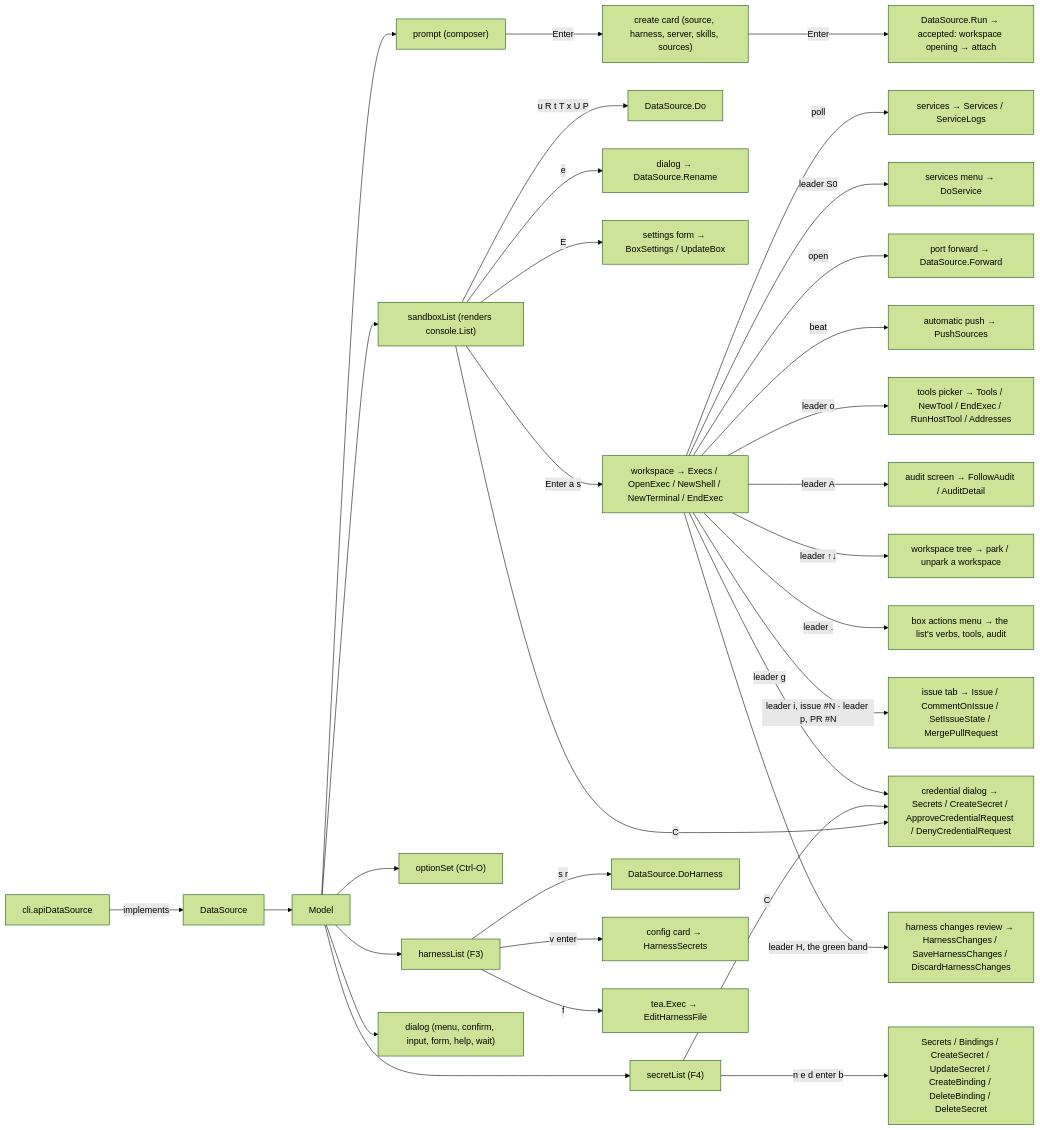
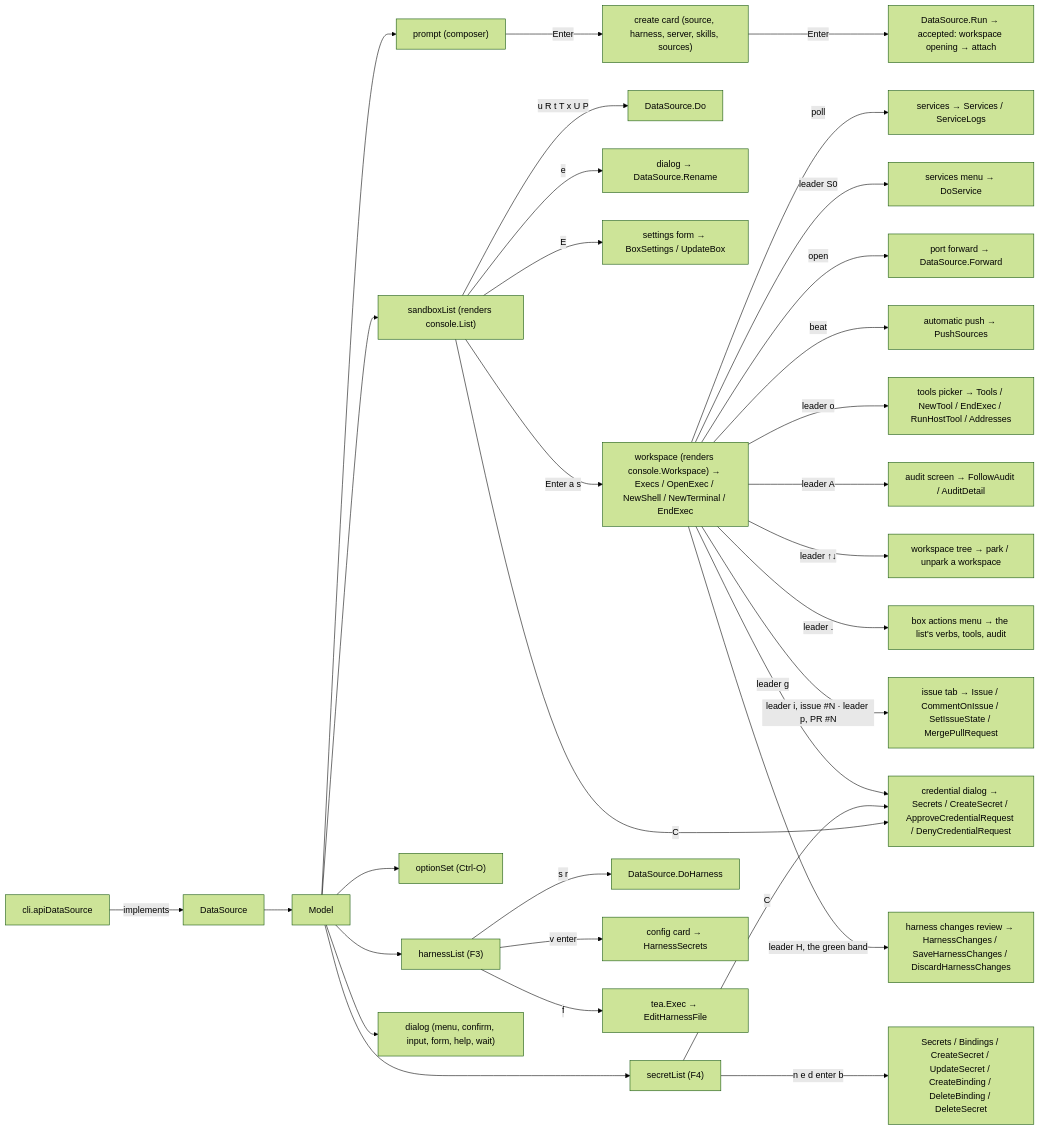
Before and after one commit to discobox-ai/discobox: the first of 2 diagrams in cli/internal/tui/DESIGN.md, drawn with Mermaid (forest theme). The commit also changed other lines of this file and 57 other files, not shown here.

````diff
--- a/cli/internal/tui/DESIGN.md
+++ b/cli/internal/tui/DESIGN.md
@@ -14,34 +14,34 @@
 ```mermaid
 flowchart LR
     CLI["cli.apiDataSource"] -->|implements| DS["DataSource"]
     DS --> M["Model"]
     M --> P["prompt (composer)"]
     M --> L["sandboxList (renders console.List)"]
     M --> O["optionSet (Ctrl-O)"]
     M --> A["harnessList (F3)"]
     M --> D["dialog (menu, confirm, input, form, help, wait)"]
     P -->|Enter| Card["create card (source, harness, server, skills, sources)"]
     Card -->|Enter| Run["DataSource.Run → accepted: workspace opening → attach"]
     L -->|u R t T x U P| Verb["DataSource.Do"]
     L -->|e| Rename["dialog → DataSource.Rename"]
     L -->|E| Settings["settings form → BoxSettings / UpdateBox"]
-    L -->|Enter a s| WS["workspace → Execs / OpenExec / NewShell / NewTerminal / EndExec"]
+    L -->|Enter a s| WS["workspace (renders console.Workspace) → Execs / OpenExec / NewShell / NewTerminal / EndExec"]
     WS -->|poll| Svc["services → Services / ServiceLogs"]
     WS -->|leader S0| SvcMenu["services menu → DoService"]
     WS -->|open| Fwd["port forward → DataSource.Forward"]
     WS -->|beat| Push["automatic push → PushSources"]
     L -->|C| Cred["credential dialog → Secrets / CreateSecret / ApproveCredentialRequest / DenyCredentialRequest"]
     M --> S["secretList (F4)"]
     S -->|n e d enter b| SVerb["Secrets / Bindings / CreateSecret / UpdateSecret / CreateBinding / DeleteBinding / DeleteSecret"]
     S -->|C| Cred
     WS -->|leader g| Cred
     WS -->|leader o| T["tools picker → Tools / NewTool / EndExec / RunHostTool / Addresses"]
     WS -->|leader A| Aud["audit screen → FollowAudit / AuditDetail"]
     WS -->|leader ↑↓| Tree["workspace tree → park / unpark a workspace"]
     WS -->|leader .| Menu["box actions menu → the list's verbs, tools, audit"]
     WS -->|leader i, issue #N · leader p, PR #N| Iss["issue tab → Issue / CommentOnIssue / SetIssueState / MergePullRequest"]
     A -->|s r| AVerb["DataSource.DoHarness"]
     A -->|v enter| ACard["config card → HarnessSecrets"]
     A -->|f| AExec["tea.Exec → EditHarnessFile"]
     WS -->|leader H, the green band| HC["harness changes review → HarnessChanges / SaveHarnessChanges / DiscardHarnessChanges"]
 ```
````
